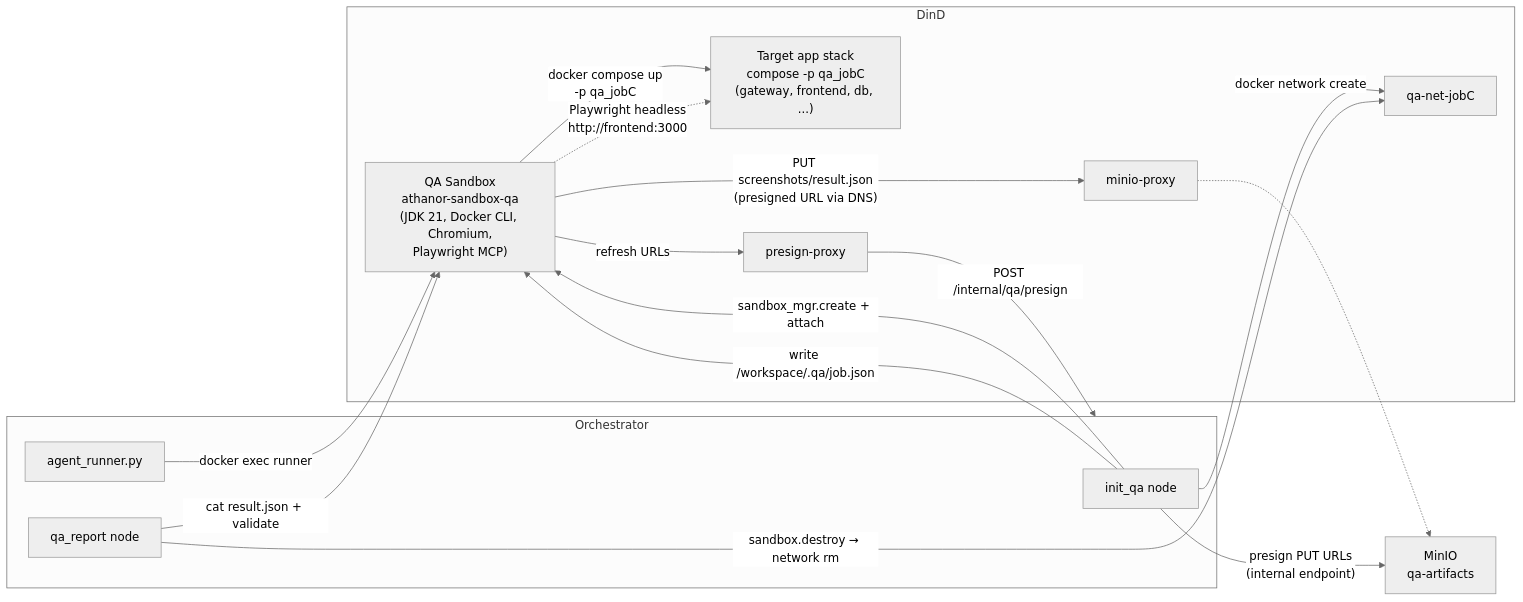
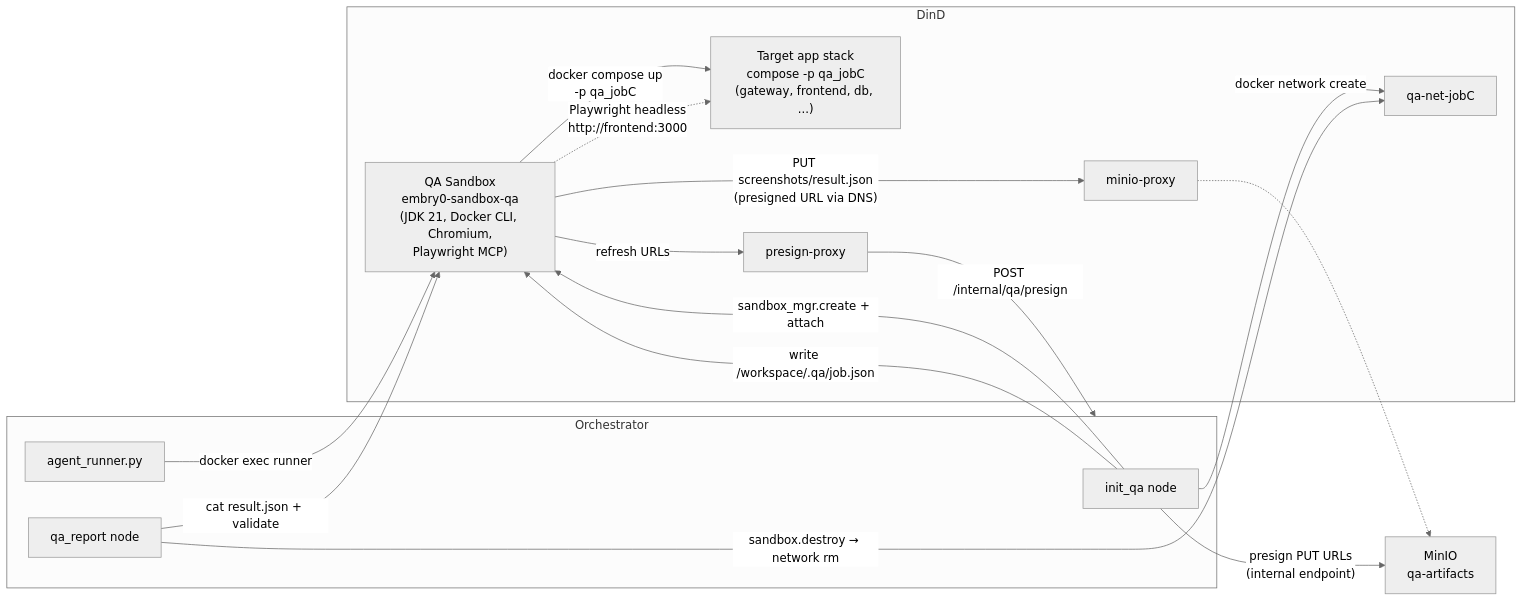
The sixth of 11 diagrams in docs/architecture.md (sudoTomas/embry0), drawn with Mermaid (neutral theme) before and after one commit. The commit also changed other lines of this file and 8 other files, not shown here.

````diff
--- a/docs/architecture.md
+++ b/docs/architecture.md
@@ -379,32 +379,32 @@
 ```mermaid
 graph LR
     subgraph DinD
-        QS["QA Sandbox<br/>athanor-sandbox-qa<br/>(JDK 21, Docker CLI, Chromium,<br/>Playwright MCP)"]
+        QS["QA Sandbox<br/>embry0-sandbox-qa<br/>(JDK 21, Docker CLI, Chromium,<br/>Playwright MCP)"]
         QN["qa-net-jobC"]
         APP["Target app stack<br/>compose -p qa_jobC<br/>(gateway, frontend, db, ...)"]
         MP["minio-proxy"]
         PP["presign-proxy"]
     end
 
     subgraph Orch["Orchestrator"]
         IQ["init_qa node"]
         QR["qa_report node"]
         AR["agent_runner.py"]
     end
 
     MIN["MinIO<br/>qa-artifacts"]
 
     IQ -->|"docker network create"| QN
     IQ -->|"sandbox_mgr.create + attach"| QS
     IQ -->|"presign PUT URLs<br/>(internal endpoint)"| MIN
     IQ -->|"write /workspace/.qa/job.json"| QS
     AR -->|"docker exec runner"| QS
     QS -->|"docker compose up<br/>-p qa_jobC"| APP
     QS -.->|"Playwright headless<br/>http://frontend:3000"| APP
     QS -->|"PUT screenshots/result.json<br/>(presigned URL via DNS)"| MP
     QS -->|"refresh URLs"| PP
     PP -->|"POST /internal/qa/presign"| Orch
     MP -.-> MIN
     QR -->|"cat result.json + validate"| QS
     QR -->|"sandbox.destroy → network rm"| QN
 ```
````
